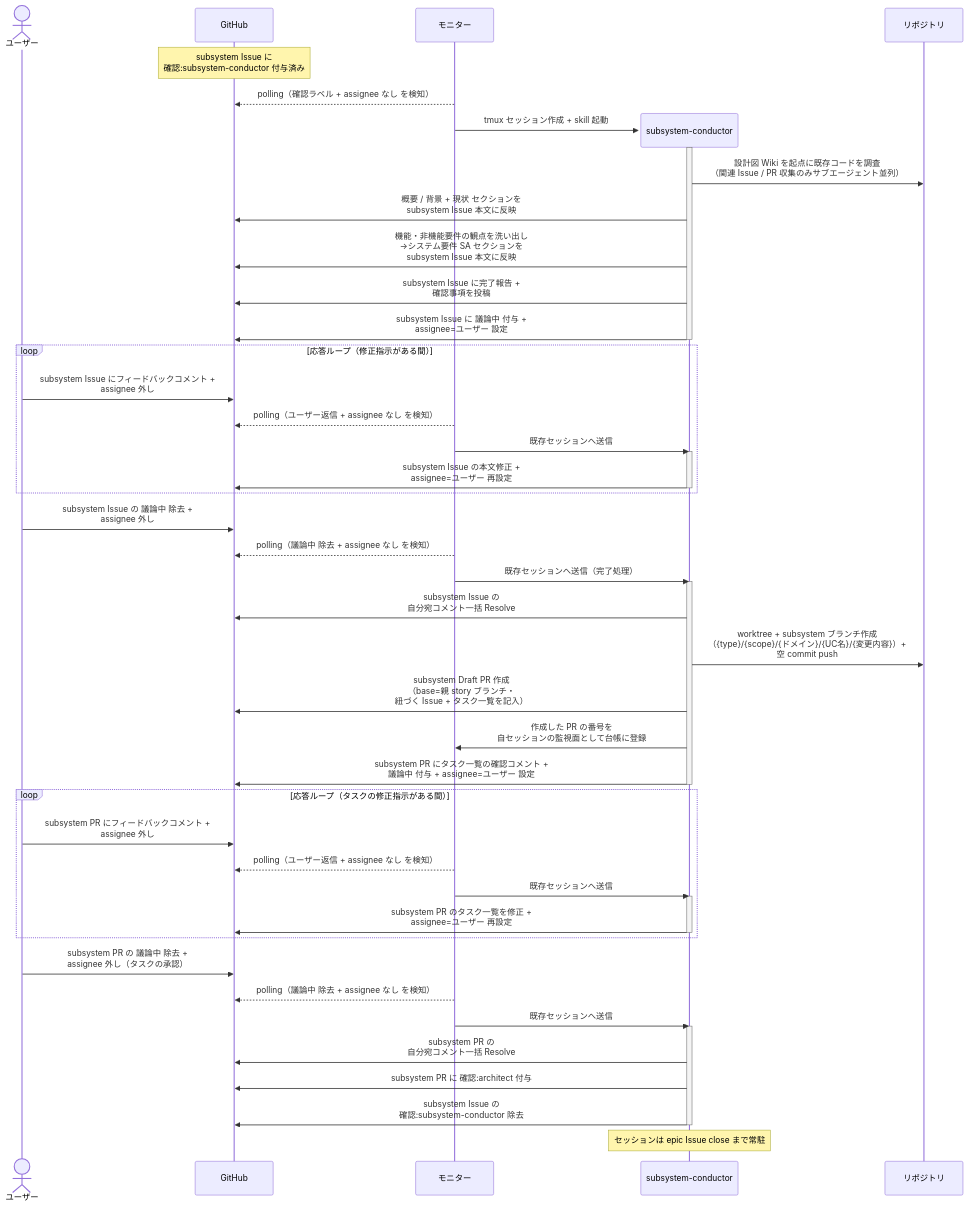
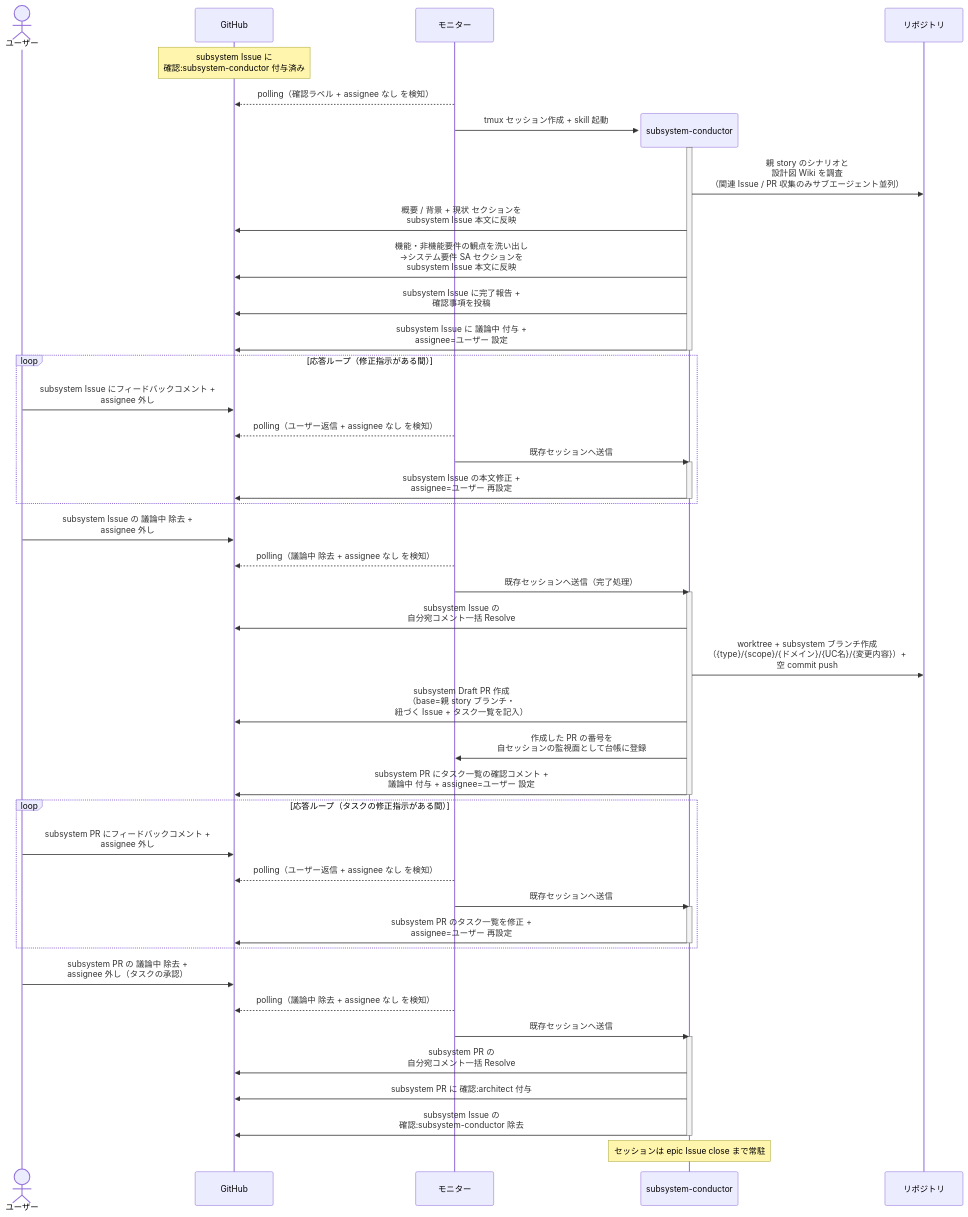
Before and after one commit to shuhei1101/ai-monitor: the diagram in docs/wiki/設計図/シナリオ/単一ユースケース/subsystem要件確定.md, drawn with Mermaid. The commit also changed other lines of this file and 67 other files, not shown here.

````diff
--- a/docs/wiki/設計図/シナリオ/単一ユースケース/subsystem要件確定.md
+++ b/docs/wiki/設計図/シナリオ/単一ユースケース/subsystem要件確定.md
@@ -26,58 +27,58 @@
 ```mermaid
 sequenceDiagram
   actor U as ユーザー
   participant GH as GitHub
   participant ORC as モニター
 
   Note over GH: subsystem Issue に<br>確認:subsystem-conductor 付与済み
   ORC-->>GH: polling（確認ラベル + assignee なし を検知）
   create participant MON as subsystem-conductor
   ORC->>MON: tmux セッション作成 + skill 起動
   participant REPO as リポジトリ
   activate MON
-  MON->>REPO: 設計図 Wiki を起点に既存コードを調査<br>（関連 Issue / PR 収集のみサブエージェント並列）
+  MON->>REPO: 親 story のシナリオと<br>設計図 Wiki を調査<br>（関連 Issue / PR 収集のみサブエージェント並列）
   MON->>GH: 概要 / 背景 + 現状 セクションを<br>subsystem Issue 本文に反映
   MON->>GH: 機能・非機能要件の観点を洗い出し<br>→システム要件 SA セクションを<br>subsystem Issue 本文に反映
   MON->>GH: subsystem Issue に完了報告 +<br>確認事項を投稿
   MON->>GH: subsystem Issue に 議論中 付与 +<br>assignee=ユーザー 設定
   deactivate MON
 
   loop 応答ループ（修正指示がある間）
     U->>GH: subsystem Issue にフィードバックコメント +<br>assignee 外し
     ORC-->>GH: polling（ユーザー返信 + assignee なし を検知）
     ORC->>MON: 既存セッションへ送信
     activate MON
     MON->>GH: subsystem Issue の本文修正 +<br>assignee=ユーザー 再設定
     deactivate MON
   end
 
   U->>GH: subsystem Issue の 議論中 除去 +<br>assignee 外し
   ORC-->>GH: polling（議論中 除去 + assignee なし を検知）
   ORC->>MON: 既存セッションへ送信（完了処理）
   activate MON
   MON->>GH: subsystem Issue の<br>自分宛コメント一括 Resolve
   MON->>REPO: worktree + subsystem ブランチ作成<br>（{type}/{scope}/{ドメイン}/{UC名}/{変更内容}）+<br>空 commit push
   MON->>GH: subsystem Draft PR 作成<br>（base=親 story ブランチ・<br>紐づく Issue + タスク一覧を記入）
   MON->>ORC: 作成した PR の番号を<br>自セッションの監視面として台帳に登録
   MON->>GH: subsystem PR にタスク一覧の確認コメント +<br>議論中 付与 + assignee=ユーザー 設定
   deactivate MON
 
   loop 応答ループ（タスクの修正指示がある間）
     U->>GH: subsystem PR にフィードバックコメント +<br>assignee 外し
     ORC-->>GH: polling（ユーザー返信 + assignee なし を検知）
     ORC->>MON: 既存セッションへ送信
     activate MON
     MON->>GH: subsystem PR のタスク一覧を修正 +<br>assignee=ユーザー 再設定
     deactivate MON
   end
 
   U->>GH: subsystem PR の 議論中 除去 +<br>assignee 外し（タスクの承認）
   ORC-->>GH: polling（議論中 除去 + assignee なし を検知）
   ORC->>MON: 既存セッションへ送信
   activate MON
   MON->>GH: subsystem PR の<br>自分宛コメント一括 Resolve
   MON->>GH: subsystem PR に 確認:architect 付与
   MON->>GH: subsystem Issue の<br>確認:subsystem-conductor 除去
   deactivate MON
   Note over MON: セッションは epic Issue close まで常駐
 ```
````
